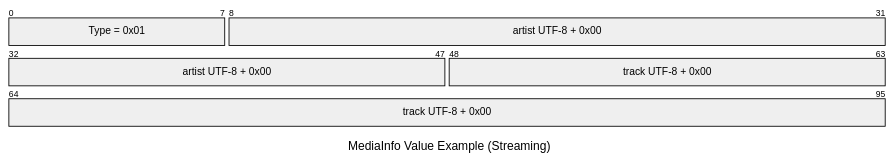
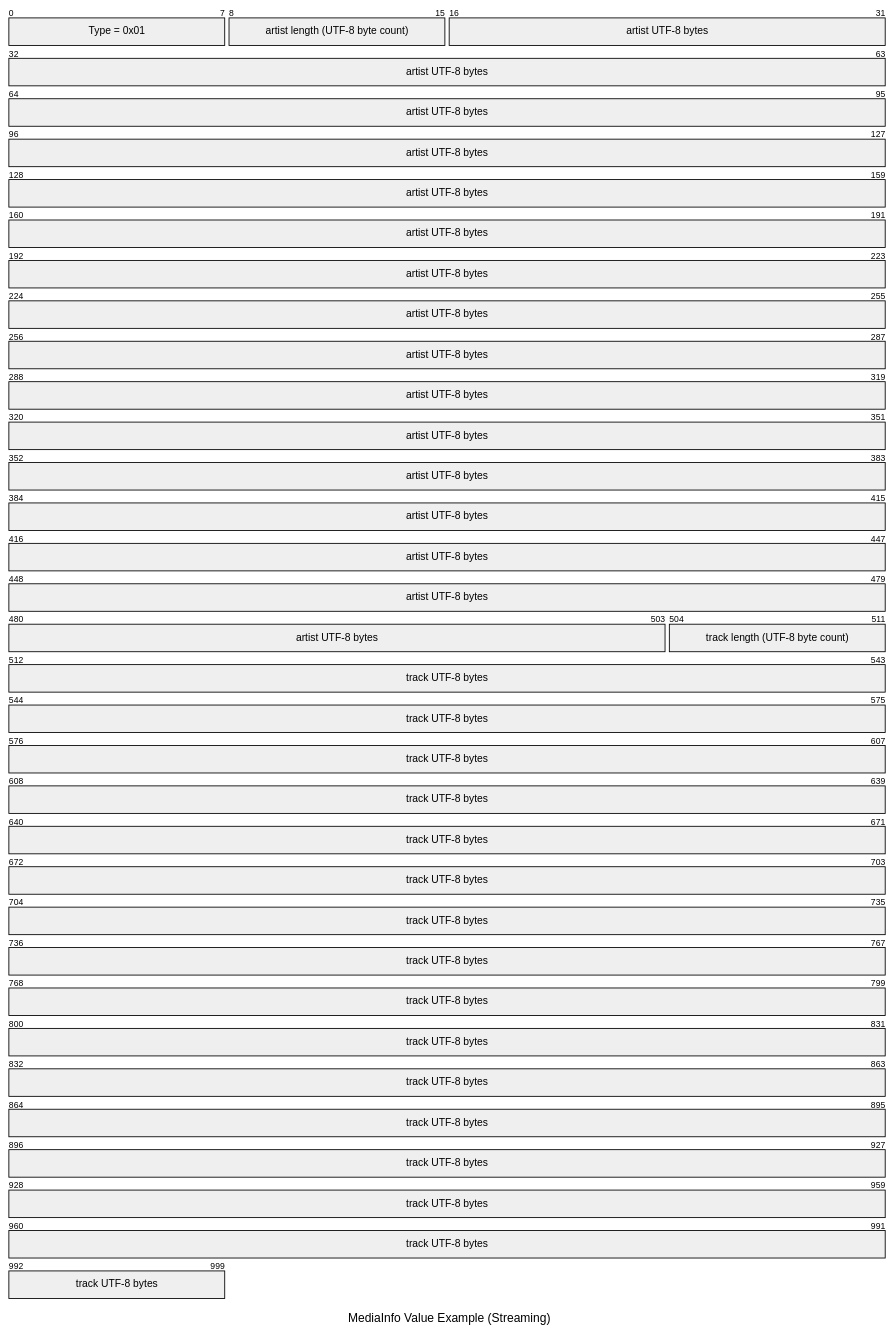
Before and after one commit to papadeltasierra/zafira: the second of 3 diagrams in docs/packets.md, drawn with Mermaid. The commit also changed other lines of this file and 8 other files, not shown here.

````diff
--- a/docs/packets.md
+++ b/docs/packets.md
@@ -38,7 +40,9 @@
 ```mermaid
 packet
   title MediaInfo Value Example (Streaming)
   0-7: "Type = 0x01"
-  8-47: "artist UTF-8 + 0x00"
-  48-95: "track UTF-8 + 0x00"
+  8-15: "artist length (UTF-8 byte count)"
+  16-503: "artist UTF-8 bytes"
+  504-511: "track length (UTF-8 byte count)"
+  512-999: "track UTF-8 bytes"
 ```
````
